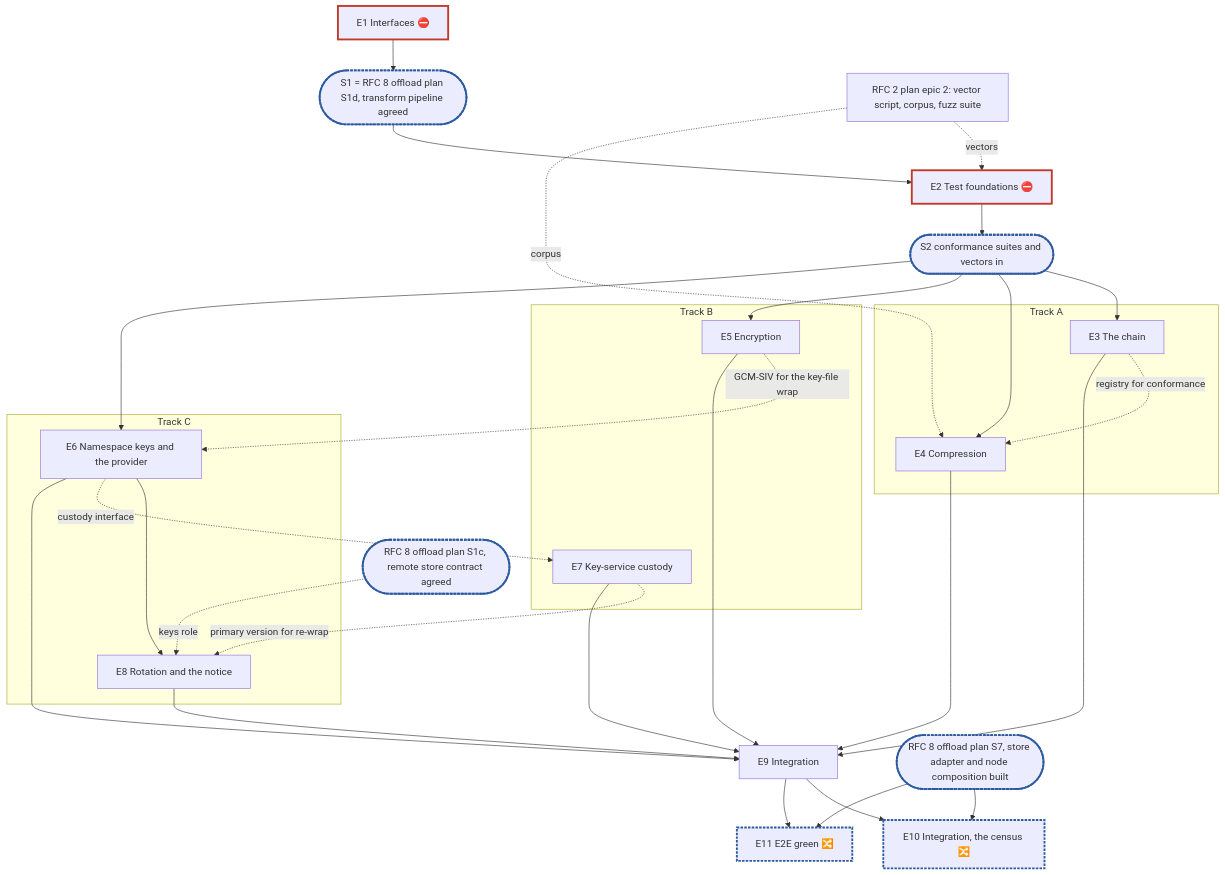
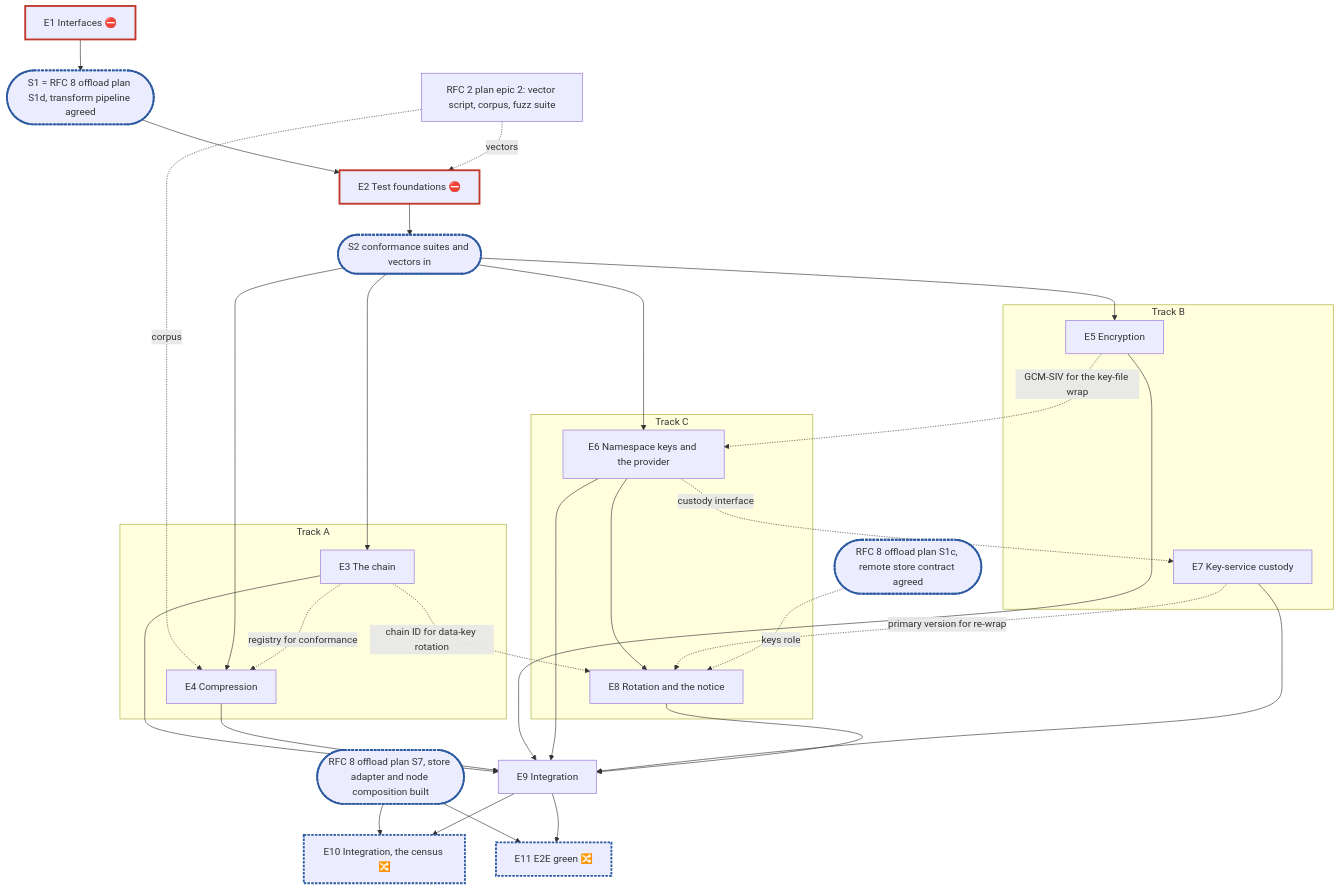
The diagram in .planning/rfc-5-transforms-plan.md (cubbit/dittofs), drawn with Mermaid before and after one commit. The commit also changed other lines of this file, not shown here.

````diff
--- a/.planning/rfc-5-transforms-plan.md
+++ b/.planning/rfc-5-transforms-plan.md
@@ -341,31 +348,32 @@
 ```mermaid
 flowchart TD
   E1["E1 Interfaces ⛔"]:::blocker --> S1(["S1 = RFC 8 offload plan S1d, transform pipeline agreed"]):::sync
   S1 --> E2["E2 Test foundations ⛔"]:::blocker --> S2(["S2 conformance suites and vectors in"]):::sync
   R2["RFC 2 plan epic 2: vector script, corpus, fuzz suite"] -. "vectors" .-> E2
   R2 -. "corpus" .-> E4
   subgraph A["Track A"]
     E3["E3 The chain"]
     E4["E4 Compression"]
   end
   subgraph B["Track B"]
     E5["E5 Encryption"]
     E7["E7 Key-service custody"]
   end
   subgraph C["Track C"]
     E6["E6 Namespace keys and the provider"] --> E8["E8 Rotation and the notice"]
   end
   S2 --> E3 & E4 & E5 & E6
   E3 -. "registry for conformance" .-> E4
+  E3 -. "chain ID for data-key rotation" .-> E8
   E5 -. "GCM-SIV for the key-file wrap" .-> E6
   E6 -. "custody interface" .-> E7
   E7 -. "primary version for re-wrap" .-> E8
   S1c(["RFC 8 offload plan S1c, remote store contract agreed"]):::sync -. "keys role" .-> E8
   E3 & E4 & E5 & E6 & E7 & E8 --> E9["E9 Integration"]
   S7(["RFC 8 offload plan S7, store adapter and node composition built"]):::sync --> E10["E10 Integration, the census 🔀"]:::sync
   S7 --> E11["E11 E2E green 🔀"]:::sync
   E9 --> E10
   E9 --> E11
   classDef blocker stroke:#c0392b,stroke-width:3px
   classDef sync stroke:#2c5aa0,stroke-width:3px,stroke-dasharray:4 2
 ```
````
